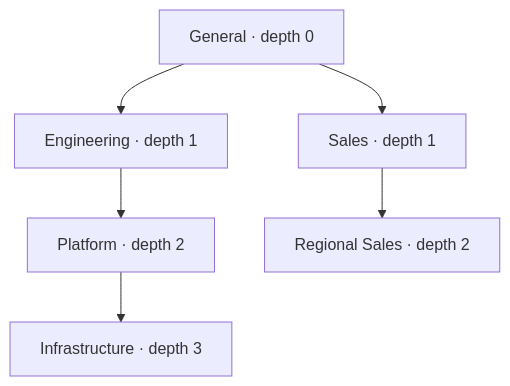
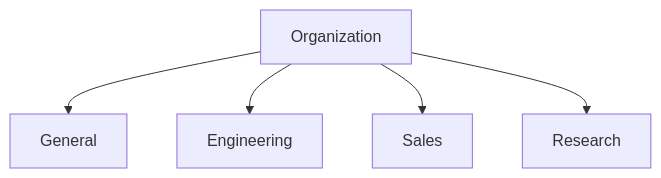
Before and after one commit to prithvikathirvel/sifyforms: the third of 5 diagrams in docs/TEAMS_AND_ROLES_GUIDE.md, drawn with Mermaid. The commit also changed other lines of this file and 35 other files, not shown here.

````diff
--- a/docs/TEAMS_AND_ROLES_GUIDE.md
+++ b/docs/TEAMS_AND_ROLES_GUIDE.md
@@ -118,15 +109,13 @@
 ```mermaid
 flowchart TD
-    G[General · depth 0]
-    E[Engineering · depth 1]
-    P[Platform · depth 2]
-    I[Infrastructure · depth 3]
-    S[Sales · depth 1]
-    R[Regional Sales · depth 2]
+    O[Organization]
+    G[General]
+    E[Engineering]
+    S[Sales]
+    R[Research]
 
-    G --> E
-    E --> P
-    P --> I
-    G --> S
-    S --> R
+    O --> G
+    O --> E
+    O --> S
+    O --> R
 ```
````
